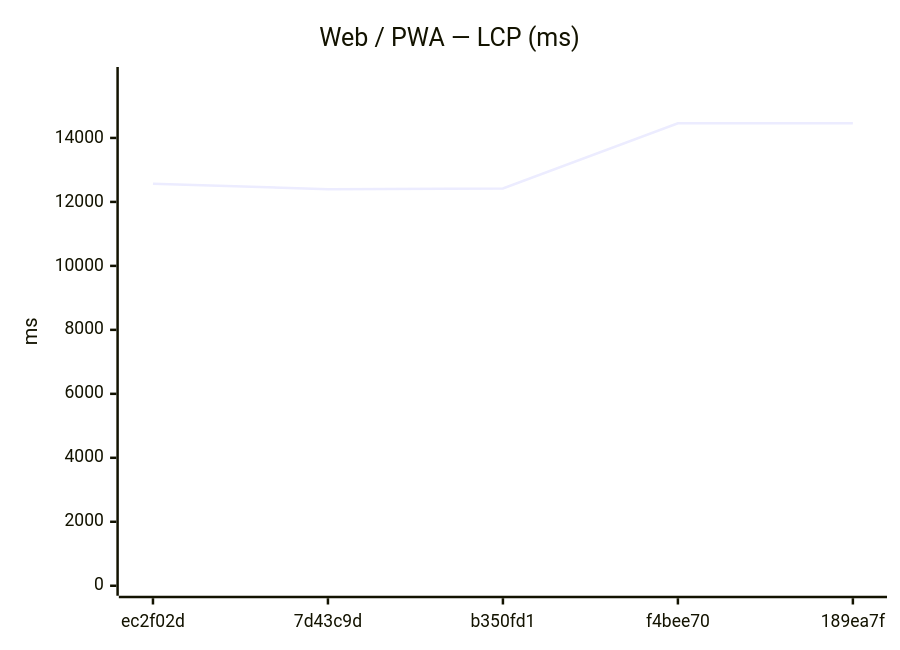
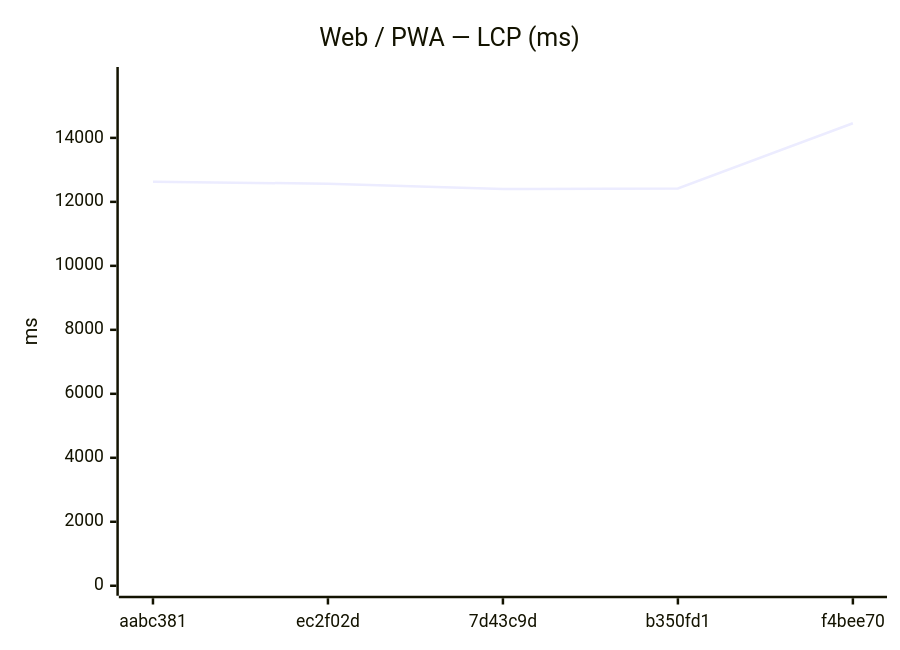
Before and after one commit to Metaheurist/Rianell: the seventh of 18 diagrams in benchmarks/compare.md, drawn with Mermaid. The commit also changed other lines of this file and 11 other files, not shown here.

````diff
--- a/benchmarks/compare.md
+++ b/benchmarks/compare.md
@@ -117,7 +117,7 @@
 ```mermaid
 xychart-beta
     title "Web / PWA — LCP (ms)"
-    x-axis ["ec2f02d", "7d43c9d", "b350fd1", "f4bee70", "189ea7f"]
-    y-axis "ms" 0 --> 15905
-    line [12566, 12399, 12420, 14457, 14459]
+    x-axis ["aabc381", "ec2f02d", "7d43c9d", "b350fd1", "f4bee70"]
+    y-axis "ms" 0 --> 15903
+    line [12632, 12566, 12399, 12420, 14457]
 ```
````
